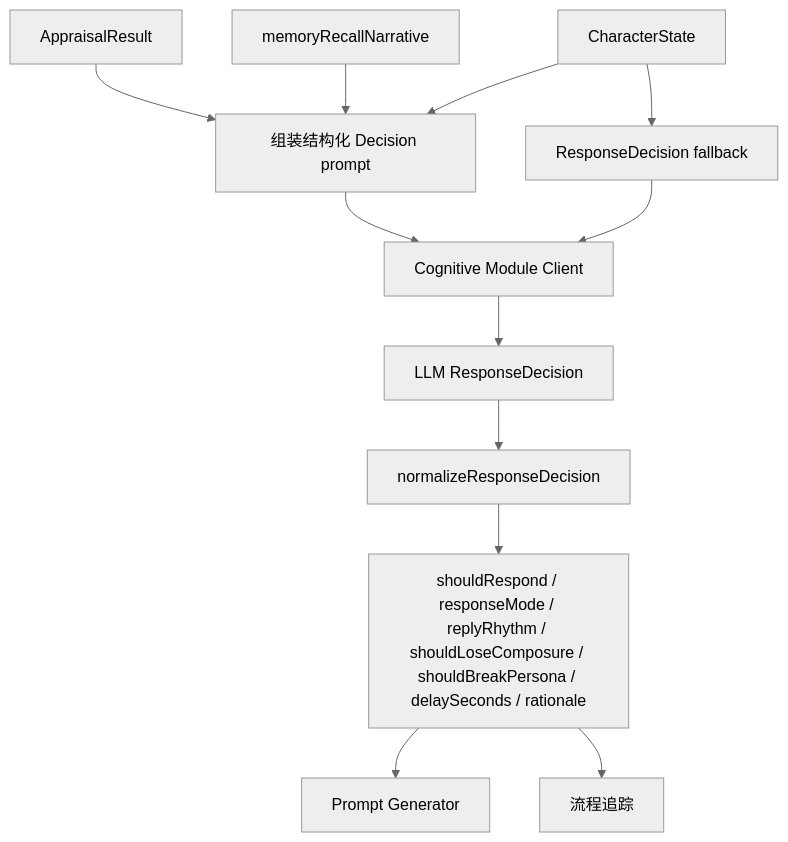
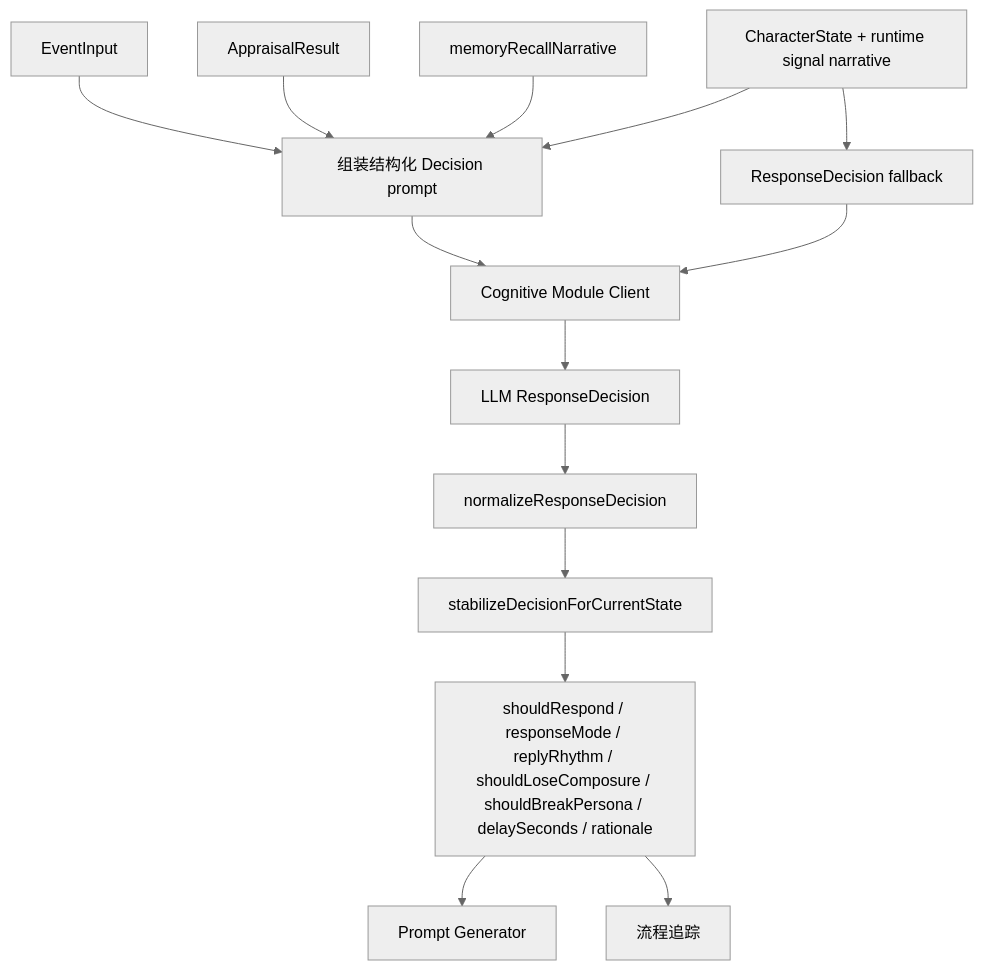
Diagram 18 of 31 in docs/SYSTEM_FLOW.md (ttmanthatman/virtual-human-flow), drawn with Mermaid (neutral theme) before and after one commit. The commit also changed other lines of this file and 11 other files, not shown here.

````diff
--- a/docs/SYSTEM_FLOW.md
+++ b/docs/SYSTEM_FLOW.md
@@ -469,14 +469,16 @@
 ```mermaid
 flowchart TD
+    E["EventInput"] --> PROMPT["组装结构化 Decision prompt"]
     A["AppraisalResult"] --> PROMPT["组装结构化 Decision prompt"]
     M["memoryRecallNarrative"] --> PROMPT
-    S["CharacterState"] --> PROMPT
+    S["CharacterState + runtime signal narrative"] --> PROMPT
     S --> MOCK["ResponseDecision fallback"]
     PROMPT --> CLIENT["Cognitive Module Client"]
     MOCK --> CLIENT
     CLIENT --> RAW["LLM ResponseDecision"]
     RAW --> NORM["normalizeResponseDecision"]
-    NORM --> OUT["shouldRespond / responseMode / replyRhythm / shouldLoseComposure / shouldBreakPersona / delaySeconds / rationale"]
+    NORM --> STABLE["stabilizeDecisionForCurrentState"]
+    STABLE --> OUT["shouldRespond / responseMode / replyRhythm / shouldLoseComposure / shouldBreakPersona / delaySeconds / rationale"]
     OUT --> PROMPTGEN["Prompt Generator"]
     OUT --> TRACE["流程追踪"]
 ```
````
